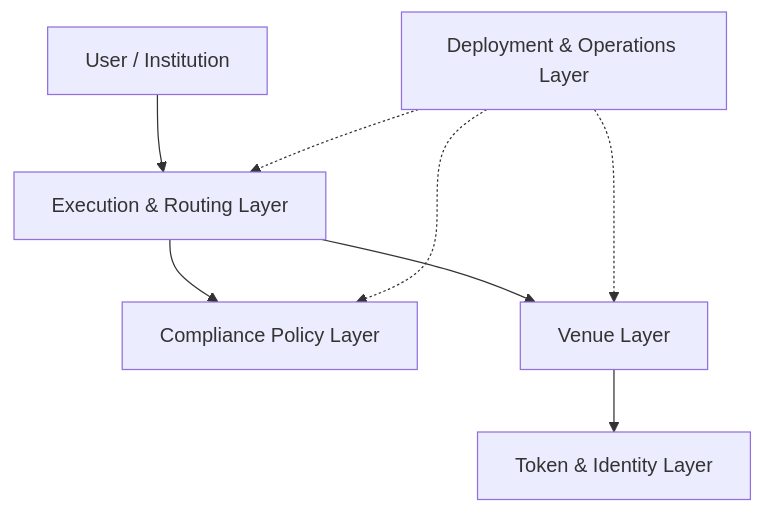
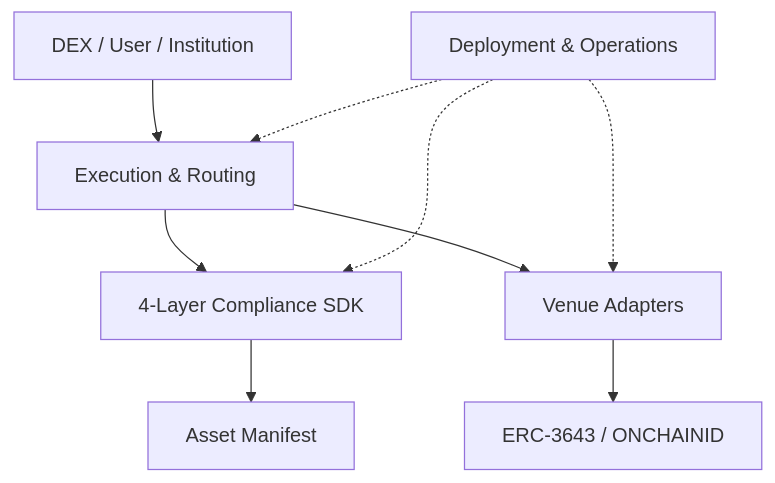
Before and after one commit to decipherhub/corner-store: the diagram in docs/architecture/README.md, drawn with Mermaid. The commit also changed other lines of this file and 21 other files, not shown here.

First line of the commit message:
make compliance policy and venue extensions independently reusable

````diff
--- a/docs/architecture/README.md
+++ b/docs/architecture/README.md
@@ -6,17 +7,19 @@
 ```mermaid
 flowchart TD
-  User["User / Institution"]
-  Routing["Execution & Routing Layer"]
-  Policy["Compliance Policy Layer"]
-  Venue["Venue Layer"]
-  Token["Token & Identity Layer"]
-  Ops["Deployment & Operations Layer"]
+  User["DEX / User / Institution"]
+  Routing["Execution & Routing"]
+  Policy["4-Layer Compliance SDK"]
+  Manifest["Asset Manifest"]
+  Venue["Venue Adapters"]
+  Token["ERC-3643 / ONCHAINID"]
+  Ops["Deployment & Operations"]
 
   User --> Routing
   Routing --> Policy
+  Policy --> Manifest
   Routing --> Venue
   Venue --> Token
   Ops -.-> Routing
   Ops -.-> Policy
   Ops -.-> Venue
 ```
````
